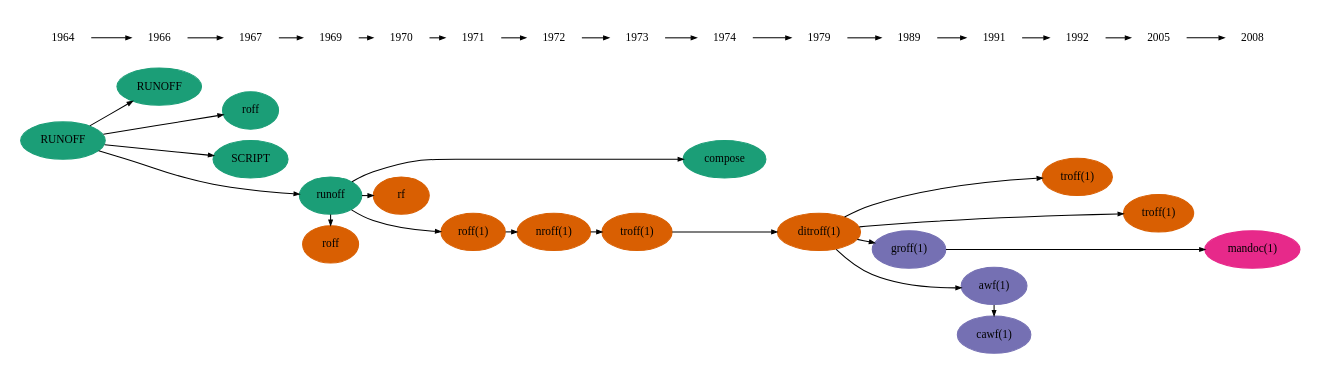
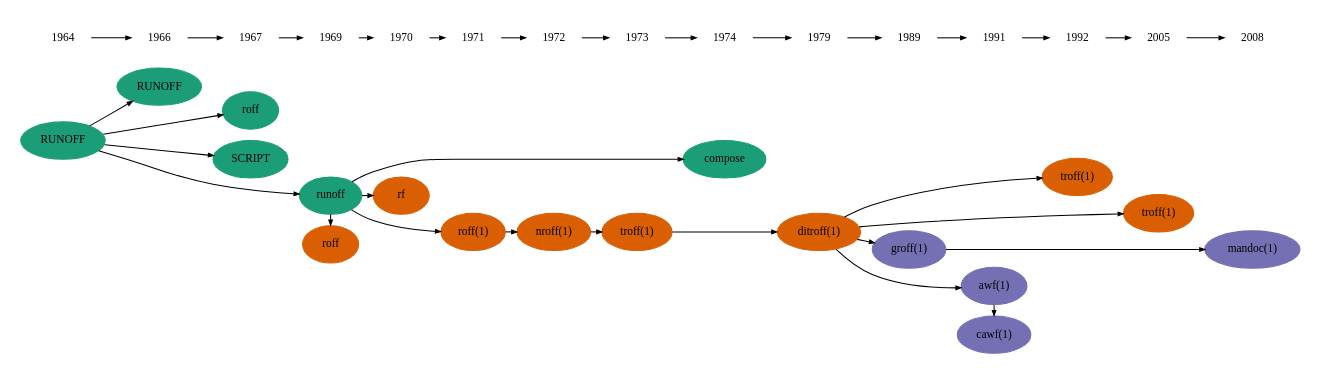
The diagram in history.dot (kristapsdz/manpages), drawn with Graphviz before and after one commit. The commit also changed 1 other file, not shown here.

```diff
--- a/history.dot
+++ b/history.dot
@@ -1,76 +1,72 @@
 /*	$Id$ */
 digraph manpages {
 	rankdir=LR;
 	size="9,18";
 	ranksep=0.15;
 	nodesep=0.15;
 
 	node [shape=ellipse,fontsize=11,colorscheme=dark24,style=filled];
 	edge [arrowhead=normal,arrowsize=0.5];
 
 	subgraph { 
 		node [color=1];
 		runoff1 [label="RUNOFF" URL="#x1964_RUNOFF"];
 		runoff4 [label="RUNOFF" URL="#x1966_RUNOFF"];
 		runoff2 [label="roff" URL="#x1967_roff"];
 		script [label="SCRIPT" URL="#x1967_SCRIPT"];
 		runoff3 [label="runoff" URL="#x1969"]; 
 		compose [label="compose" URL="#x1974_compose"]; 
 	}
 
 	subgraph {
 		node [color=2];
 		rf [label="rf" URL="#x1970_rf"];
 		roff1 [label="roff(1)" URL="#x1971"];
 		roff2 [label="roff" URL="#x1969_roff"];
 		nroff [label="nroff(1)" URL="#x1972"];
 		troff [label="troff(1)" URL="#x1973"];
 		ditroff [label="ditroff(1)" URL="#x1979"];
 		ptroff [label="troff(1)" URL="#x1992"];
 		htroff [label="troff(1)" URL="#x2005_troff"];
 	}
 
 	subgraph {
 		node [color=3];
 		groff [label="groff(1)" URL="#x1989_groff"];
 		awf [label="awf(1)" URL="#x1991_awf"];
 		cawf [label="cawf(1)" URL="#x1991_cawf"];
-	}
-
-	subgraph {
-		node [color=4];
 		mandoc [label="mandoc(1)" URL="#x2008_mandoc"];
 	}
 
 	runoff1 -> { runoff4 runoff2 runoff3 script };
 	runoff3 -> { roff1 compose rf roff2 };
 	roff1 -> nroff;
 	nroff -> troff;
 	troff -> ditroff;
 	ditroff -> { groff htroff ptroff awf };
 	groff -> mandoc;
 	awf -> cawf;
 
 
 	subgraph {
 		node[colorscheme=x11,color=white];
 		1964 -> 1966 -> 1967 -> 1969 -> 1970 -> 1971 -> 1972 -> 
 		1973 -> 1974 -> 1979 -> 1989 -> 1991 -> 1992 -> 2005 -> 2008;
 	}
 
 	{ rank = same; 1964 runoff1 };
 	{ rank = same; 1967 script runoff2 };
 	{ rank = same; 1969 runoff3 roff2 };
 	{ rank = same; 1970 rf };
 	{ rank = same; 1971 roff1 };
 	{ rank = same; 1972 nroff };
 	{ rank = same; 1973 troff };
 	{ rank = same; 1974 compose };
 	{ rank = same; 1979 ditroff };
 	{ rank = same; 1989 groff };
 	{ rank = same; 1991 awf cawf };
 	{ rank = same; 1992 ptroff };
 	{ rank = same; 2005 htroff };
 	{ rank = same; 2008 mandoc };
 
 }
```
